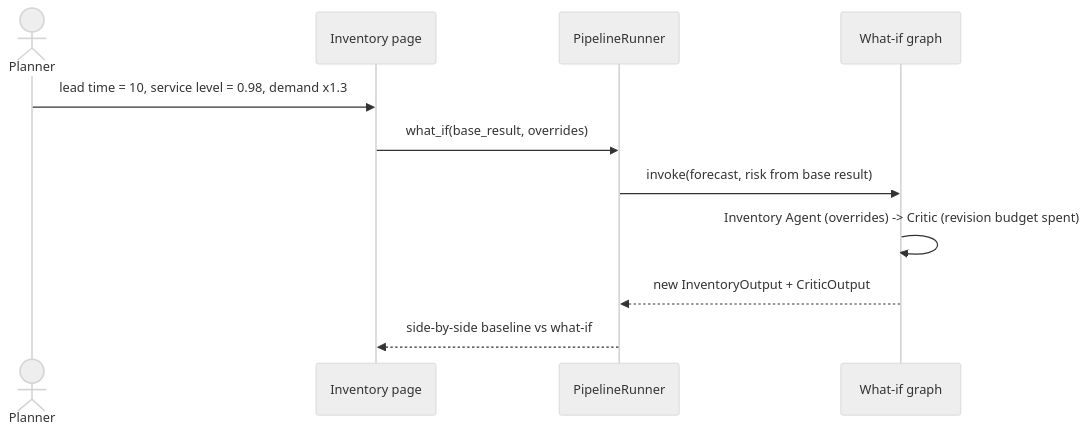
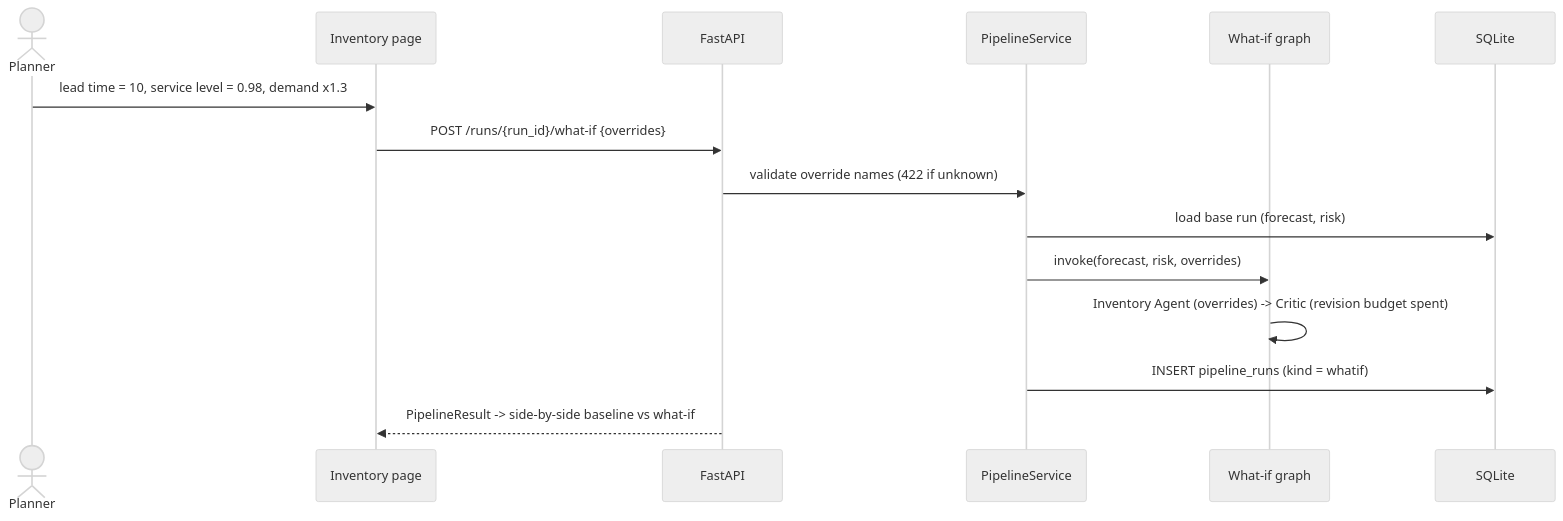
One commit to dwarakeshtp/StockAIPilot changed the sixth of 7 diagrams in docs/architecture.md. Above: the diagram before and after it, drawn with Mermaid (neutral theme). The commit also changed other lines of this file and 56 other files, not shown here.

````diff
--- a/docs/architecture.md
+++ b/docs/architecture.md
@@ -144,13 +177,17 @@
 ```mermaid
 sequenceDiagram
     actor P as Planner
     participant UI as Inventory page
-    participant R as PipelineRunner
+    participant A as FastAPI
+    participant S as PipelineService
     participant W as What-if graph
+    participant DB as SQLite
     P->>UI: lead time = 10, service level = 0.98, demand x1.3
-    UI->>R: what_if(base_result, overrides)
-    R->>W: invoke(forecast, risk from base result)
+    UI->>A: POST /runs/{run_id}/what-if {overrides}
+    A->>S: validate override names (422 if unknown)
+    S->>DB: load base run (forecast, risk)
+    S->>W: invoke(forecast, risk, overrides)
     W->>W: Inventory Agent (overrides) -> Critic (revision budget spent)
-    W-->>R: new InventoryOutput + CriticOutput
-    R-->>UI: side-by-side baseline vs what-if
+    S->>DB: INSERT pipeline_runs (kind = whatif)
+    A-->>UI: PipelineResult -> side-by-side baseline vs what-if
 ```
````
